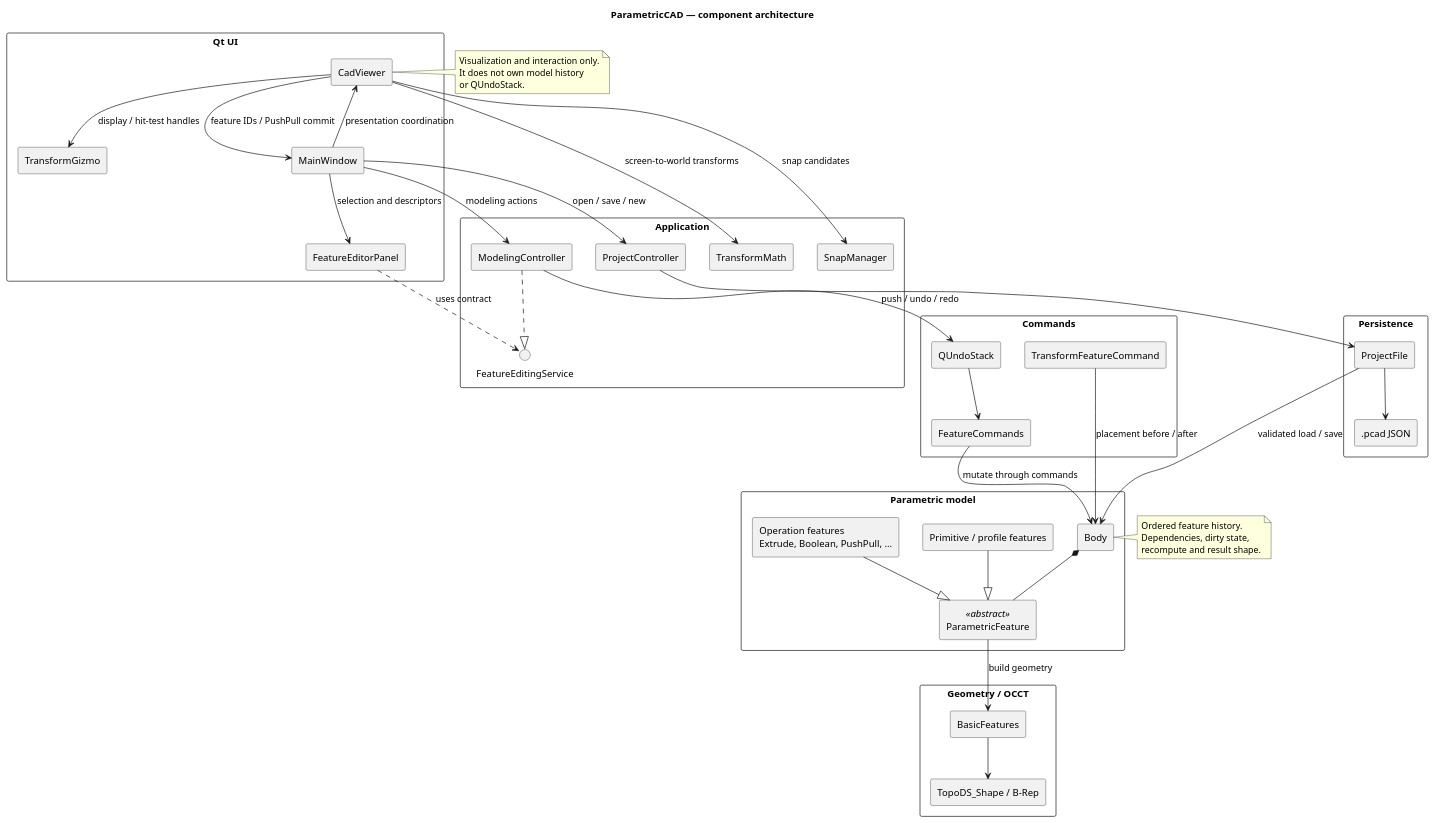
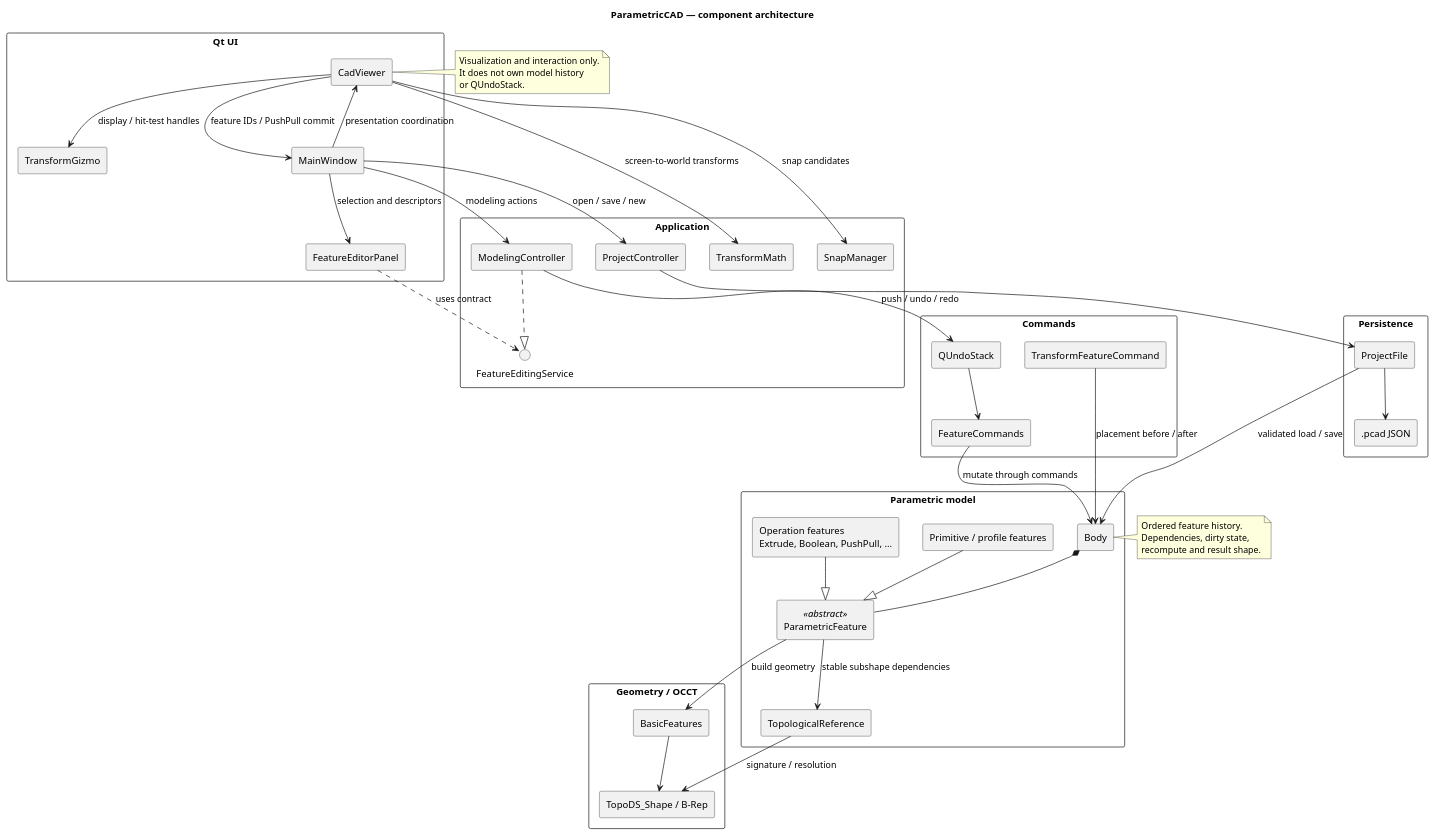
The diagram in docs/diagrams/architecture-overview.puml (coltrack-dev/ParametricCAD), drawn with PlantUML before and after one commit. The commit also changed 16 other files, not shown here.

Commit message:
Add topological references for stable subshape resolution

```diff
--- a/docs/diagrams/architecture-overview.puml
+++ b/docs/diagrams/architecture-overview.puml
@@ -1,87 +1,90 @@
 @startuml
 title ParametricCAD — component architecture
 
 skinparam componentStyle rectangle
 skinparam packageStyle rectangle
 skinparam shadowing false
 
 package "Qt UI" {
     component MainWindow
     component FeatureEditorPanel
     component CadViewer
     component TransformGizmo
 }
 
 package "Application" {
     component ModelingController
     component ProjectController
     component SnapManager
     component TransformMath
     interface FeatureEditingService
 }
 
 package "Commands" {
     component QUndoStack
     component FeatureCommands
     component TransformFeatureCommand
 }
 
 package "Parametric model" {
     component Body
     component ParametricFeature <<abstract>>
+    component TopologicalReference
     component "Primitive / profile features" as PrimitiveFeatures
     component "Operation features\nExtrude, Boolean, PushPull, ..." as OperationFeatures
 }
 
 package "Geometry / OCCT" {
     component BasicFeatures
     component "TopoDS_Shape / B-Rep" as BRep
 }
 
 package "Persistence" {
     component ProjectFile
     component ".pcad JSON" as Pcad
 }
 
 MainWindow --> ModelingController : modeling actions
 MainWindow --> ProjectController : open / save / new
 MainWindow --> FeatureEditorPanel : selection and descriptors
 MainWindow --> CadViewer : presentation coordination
 
 FeatureEditorPanel ..> FeatureEditingService : uses contract
 ModelingController ..|> FeatureEditingService
 
 CadViewer --> MainWindow : feature IDs / PushPull commit
 CadViewer --> TransformGizmo : display / hit-test handles
 CadViewer --> TransformMath : screen-to-world transforms
 CadViewer --> SnapManager : snap candidates
 
 ModelingController --> QUndoStack : push / undo / redo
 QUndoStack --> FeatureCommands
 FeatureCommands --> Body : mutate through commands
 TransformFeatureCommand --> Body : placement before / after
 
 Body *-- ParametricFeature
 PrimitiveFeatures --|> ParametricFeature
 OperationFeatures --|> ParametricFeature
 
 ParametricFeature --> BasicFeatures : build geometry
+ParametricFeature --> TopologicalReference : stable subshape dependencies
+TopologicalReference --> BRep : signature / resolution
 BasicFeatures --> BRep
 
 ProjectController --> ProjectFile
 ProjectFile --> Body : validated load / save
 ProjectFile --> Pcad
 
 note right of CadViewer
   Visualization and interaction only.
   It does not own model history
   or QUndoStack.
 end note
 
 note right of Body
   Ordered feature history.
   Dependencies, dirty state,
   recompute and result shape.
 end note
 
 @enduml
```
